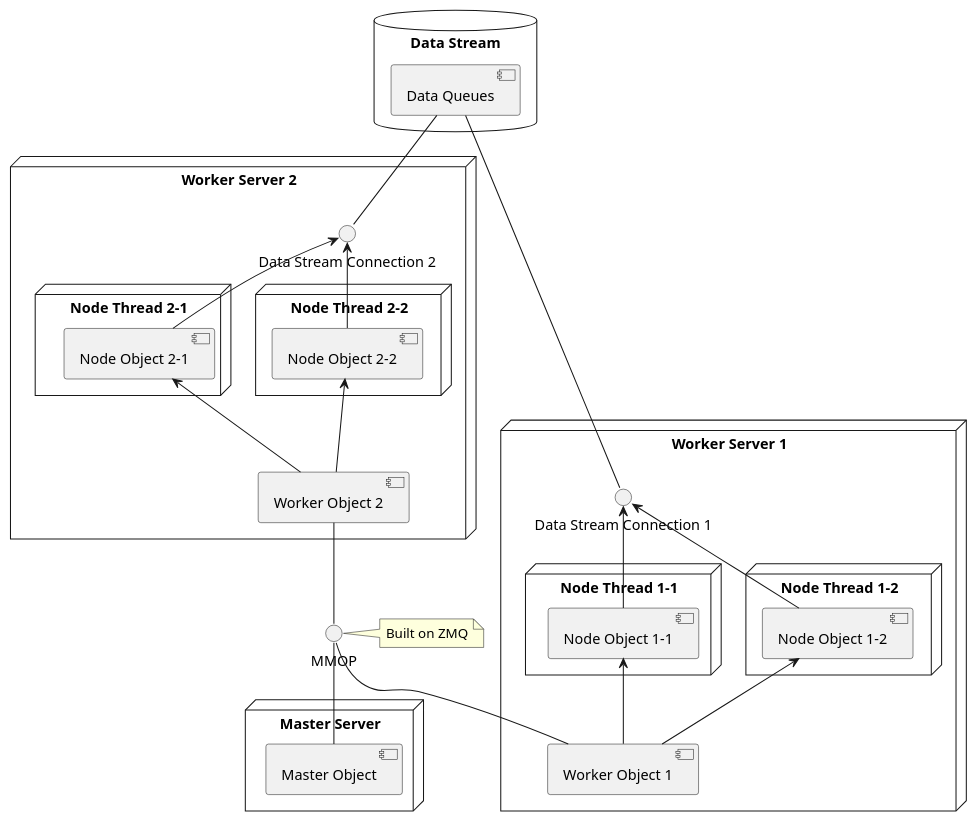
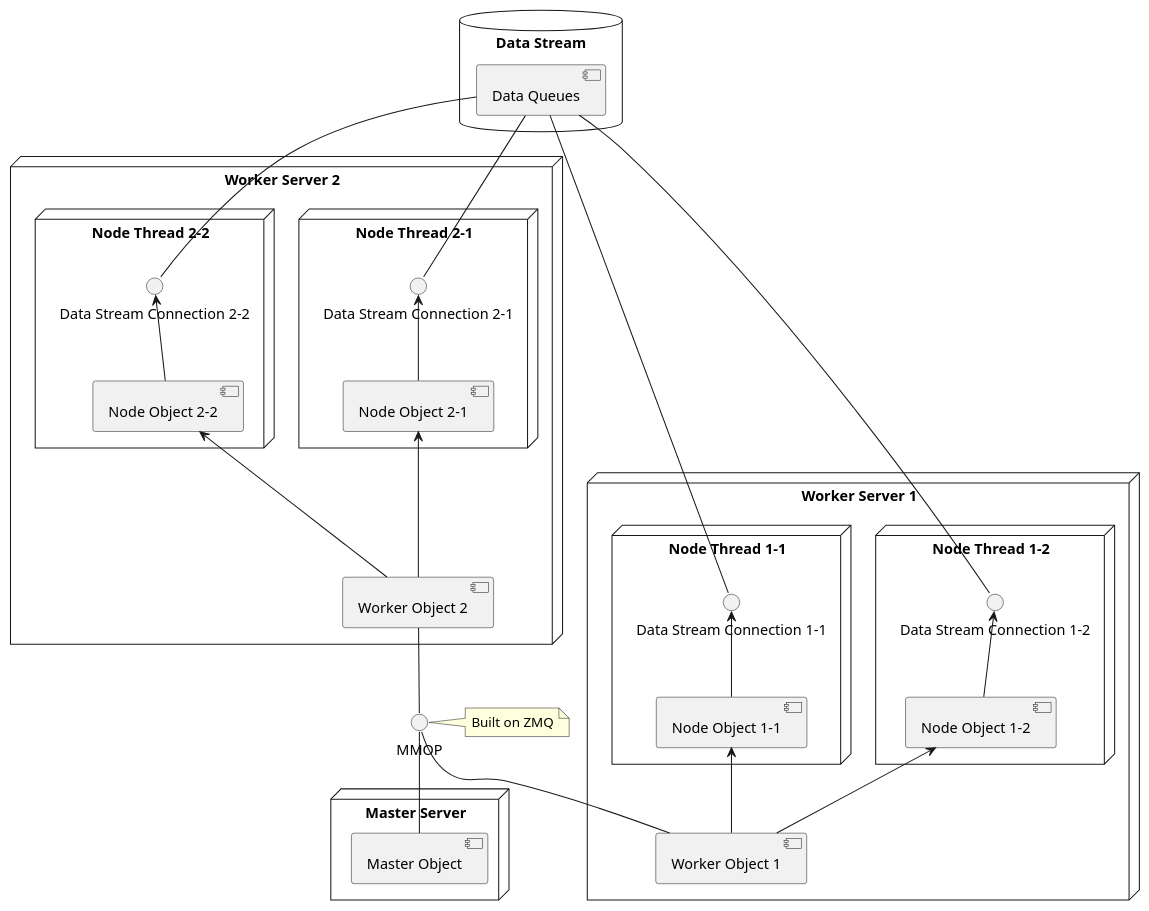
Before and after one commit to lisp-mirror/monomyth: the diagram in docs/monomyth/v0/system.puml, drawn with PlantUML. The commit also changed 4 other files, not shown here.

```diff
--- a/docs/monomyth/v0/system.puml
+++ b/docs/monomyth/v0/system.puml
@@ -1,41 +1,43 @@
 @startuml
 
 () MMOP
 
 Note right of MMOP : Built on ZMQ
 
 database "Data Stream" {
         [Data Queues]
 }
 
 node "Worker Server 1" {
-        [Data Queues] -- () "Data Stream Connection 1"
         node "Node Thread 1-1" {
-                () "Data Stream Connection 1" <-- [Node Object 1-1]
+                () "Data Stream Connection 1-1" <-- [Node Object 1-1]
+                [Data Queues] -- () "Data Stream Connection 1-1"
         }
         node "Node Thread 1-2" {
-                () "Data Stream Connection 1" <-- [Node Object 1-2]
+                () "Data Stream Connection 1-2" <-- [Node Object 1-2]
+                [Data Queues] -- () "Data Stream Connection 1-2"
         }
         [Node Object 1-1] <-- [Worker Object 1]
         [Node Object 1-2] <-- [Worker Object 1]
 }
 
 node "Worker Server 2" {
-        [Data Queues] -- () "Data Stream Connection 2"
         node "Node Thread 2-1" {
-                () "Data Stream Connection 2" <-- [Node Object 2-1]
+                () "Data Stream Connection 2-1" <-- [Node Object 2-1]
+                [Data Queues] -- () "Data Stream Connection 2-1"
         }
         node "Node Thread 2-2" {
-                () "Data Stream Connection 2" <-- [Node Object 2-2]
+                () "Data Stream Connection 2-2" <-- [Node Object 2-2]
+                [Data Queues] -- () "Data Stream Connection 2-2"
         }
         [Node Object 2-1] <-- [Worker Object 2]
         [Node Object 2-2] <-- [Worker Object 2]
 }
 
 node "Master Server" {
         MMOP -- [Master Object]
         MMOP -- [Worker Object 1]
         [Worker Object 2] -- MMOP
 }
 
 @enduml
```
